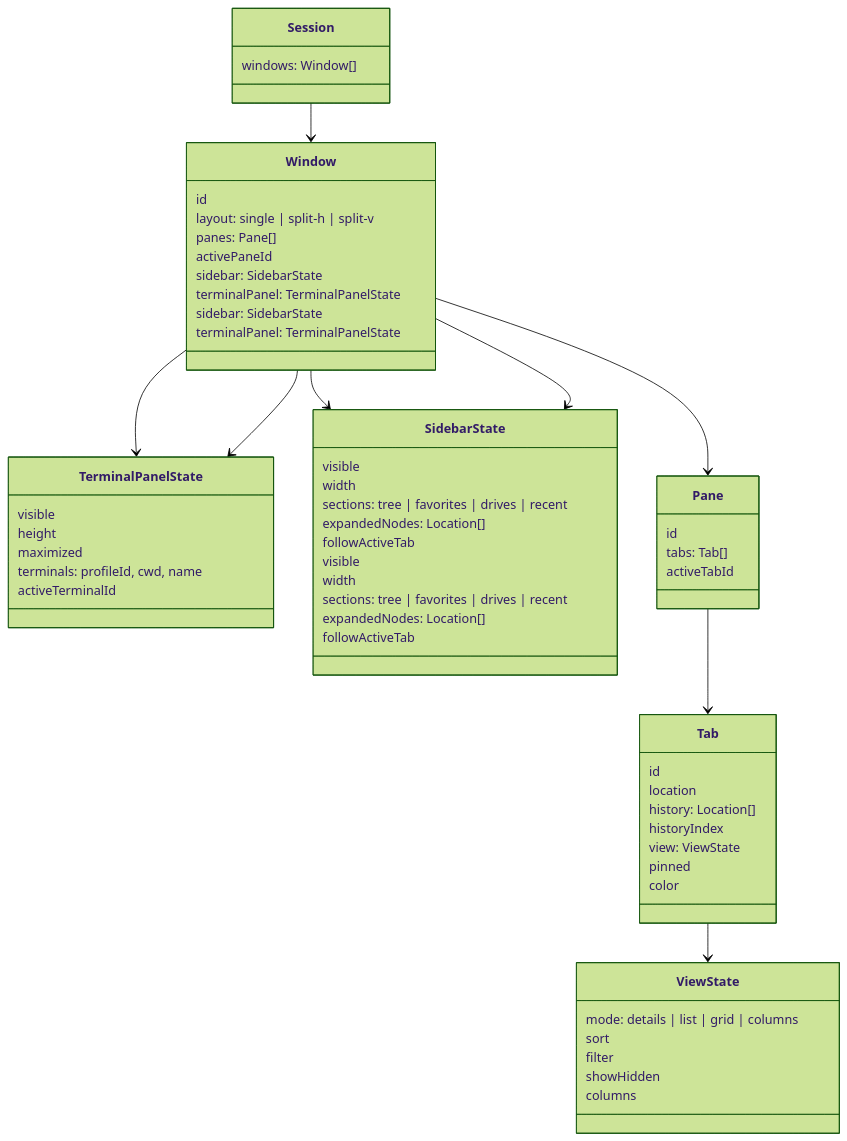
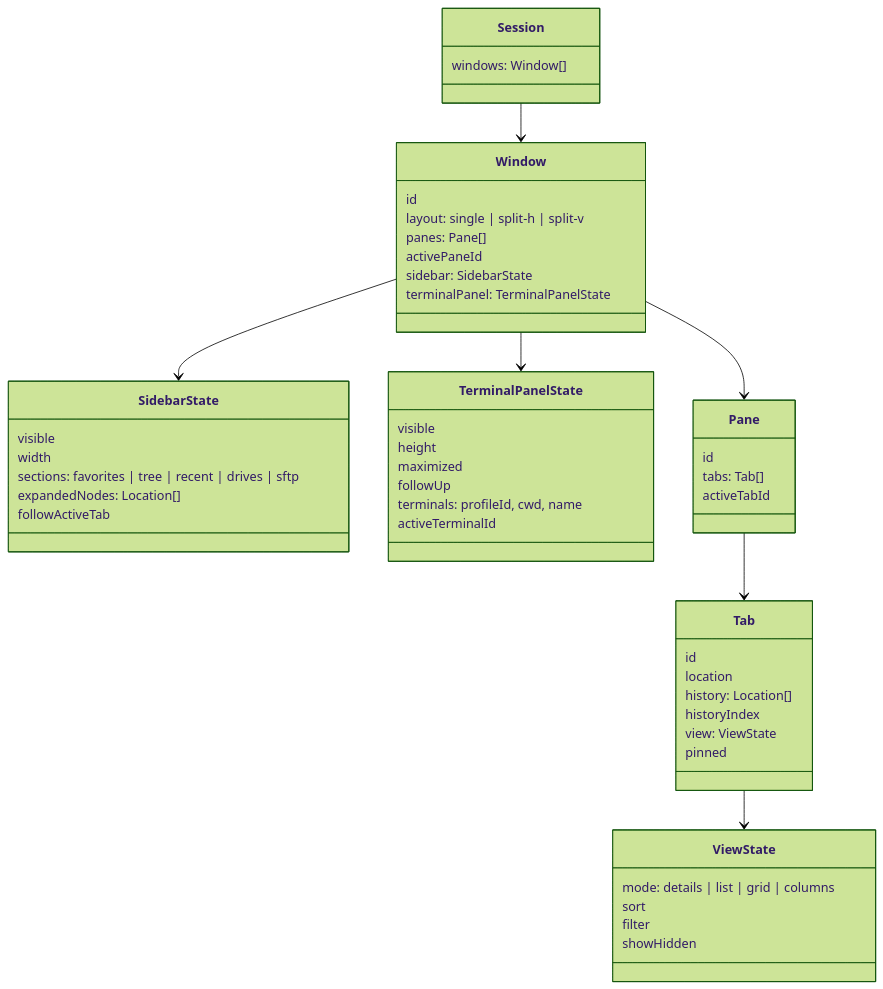
The fourth of 4 diagrams in docs/architecture.md (vitorkrewer/pulsares-file-explorer), drawn with Mermaid (forest theme) before and after one commit. The commit also changed other lines of this file and 11 other files, not shown here.

````diff
--- a/docs/architecture.md
+++ b/docs/architecture.md
@@ -149,66 +138,54 @@
 ```mermaid
 classDiagram
   class Session {
     windows: Window[]
   }
   class Window {
     id
     layout: single | split-h | split-v
     panes: Pane[]
     activePaneId
     sidebar: SidebarState
     terminalPanel: TerminalPanelState
-    sidebar: SidebarState
-    terminalPanel: TerminalPanelState
+  }
+  class SidebarState {
+    visible
+    width
+    sections: favorites | tree | recent | drives | sftp
+    expandedNodes: Location[]
+    followActiveTab
   }
   class TerminalPanelState {
     visible
     height
     maximized
+    followUp
     terminals: profileId, cwd, name
     activeTerminalId
-  }
-  class SidebarState {
-    visible
-    width
-    sections: tree | favorites | drives | recent
-    expandedNodes: Location[]
-    followActiveTab
-  }
-  class SidebarState {
-    visible
-    width
-    sections: tree | favorites | drives | recent
-    expandedNodes: Location[]
-    followActiveTab
   }
   class Pane {
     id
     tabs: Tab[]
     activeTabId
   }
   class Tab {
     id
     location
     history: Location[]
     historyIndex
     view: ViewState
     pinned
-    color
   }
   class ViewState {
     mode: details | list | grid | columns
     sort
     filter
     showHidden
-    columns
   }
   Session --> Window
   Window --> Pane
   Window --> SidebarState
   Window --> TerminalPanelState
-  Window --> SidebarState
-  Window --> TerminalPanelState
   Pane --> Tab
   Tab --> ViewState
 ```
````
